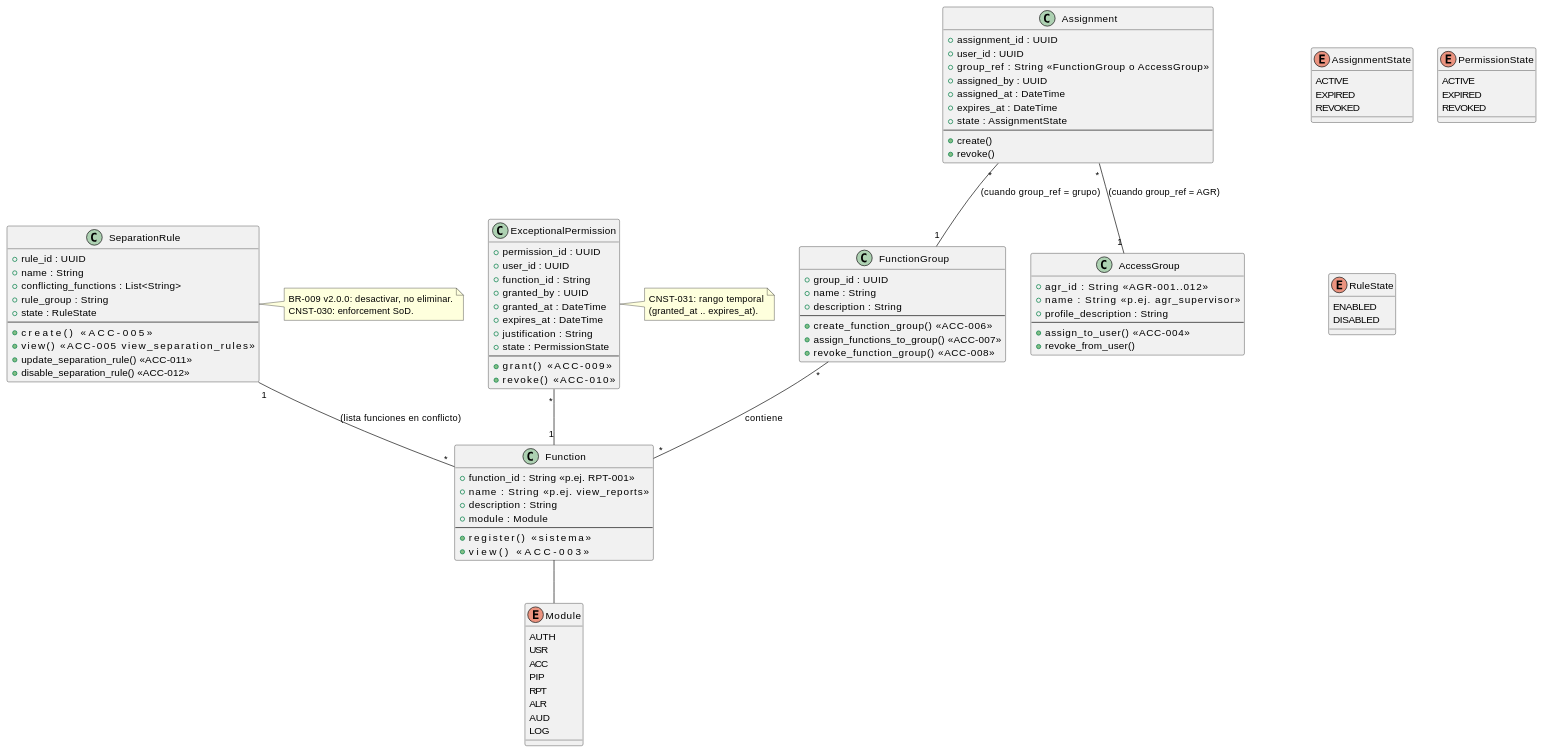
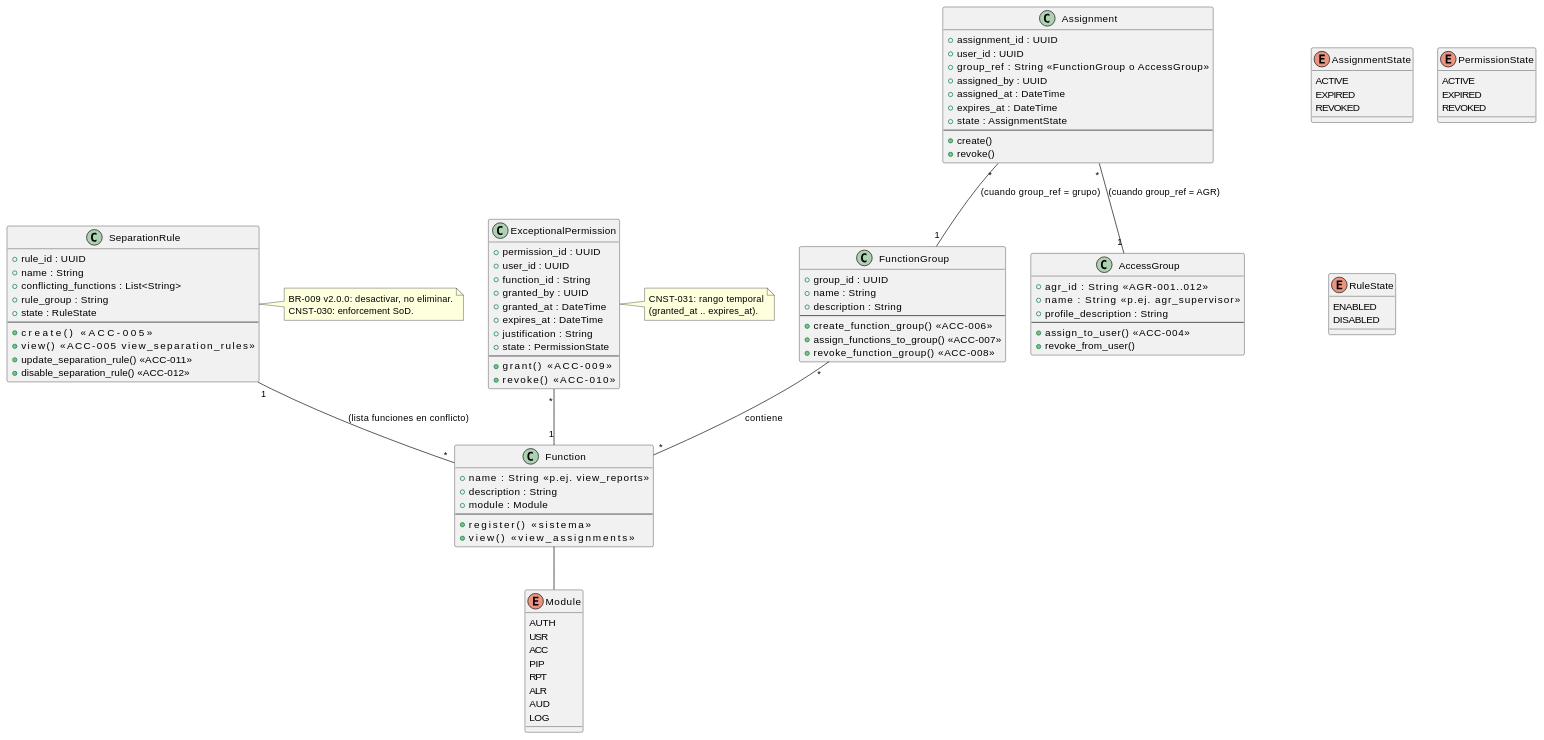
The diagram in source/arquitectura-tecnica/bounded-contexts/bounded-context-rbac.rst (jcg-admin/IACT-docs), drawn with PlantUML before and after one commit. The commit also changed 28 other files, not shown here.

```diff
--- a/source/arquitectura-tecnica/bounded-contexts/bounded-context-rbac.rst
+++ b/source/arquitectura-tecnica/bounded-contexts/bounded-context-rbac.rst
@@ -31,13 +31,12 @@
  @startuml
 
  class Function {
-   + function_id : String   <<p.ej. RPT-001>>
    + name : String          <<p.ej. view_reports>>
    + description : String
    + module : Module
    --
    + register()             <<sistema>>
-   + view()                 <<ACC-003>>
+   + view()                 <<view_assignments>>
  }
 
  class FunctionGroup {
```
